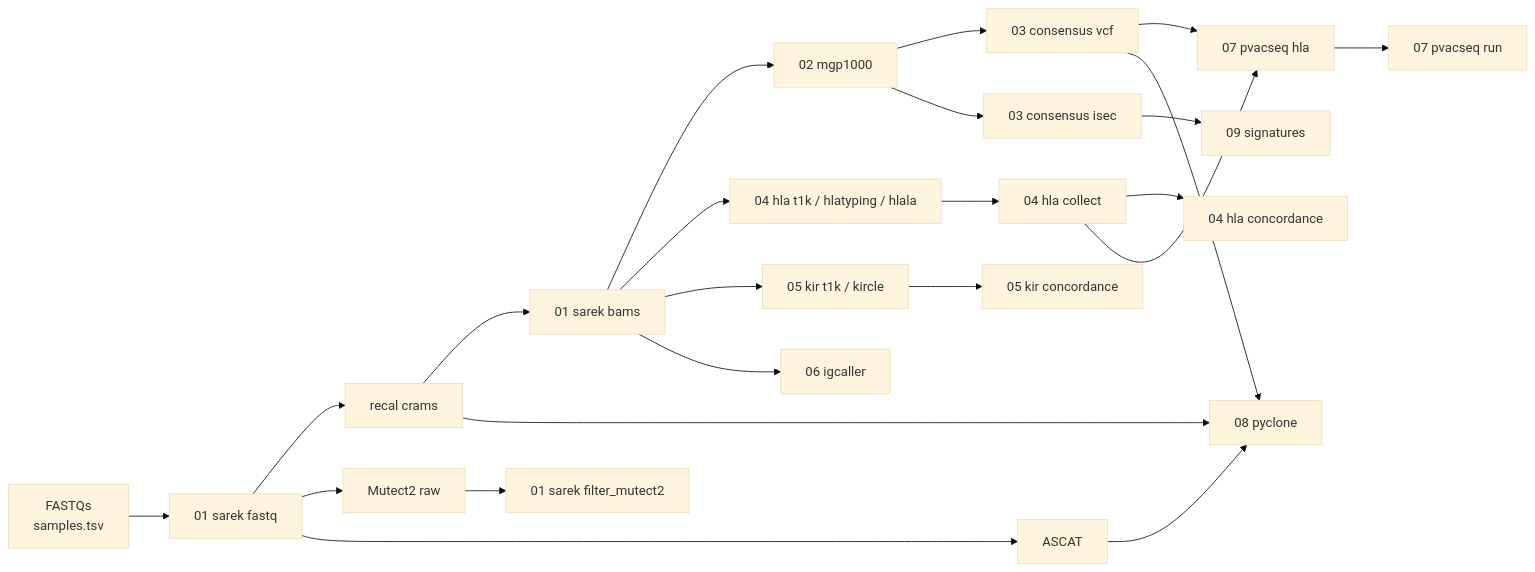
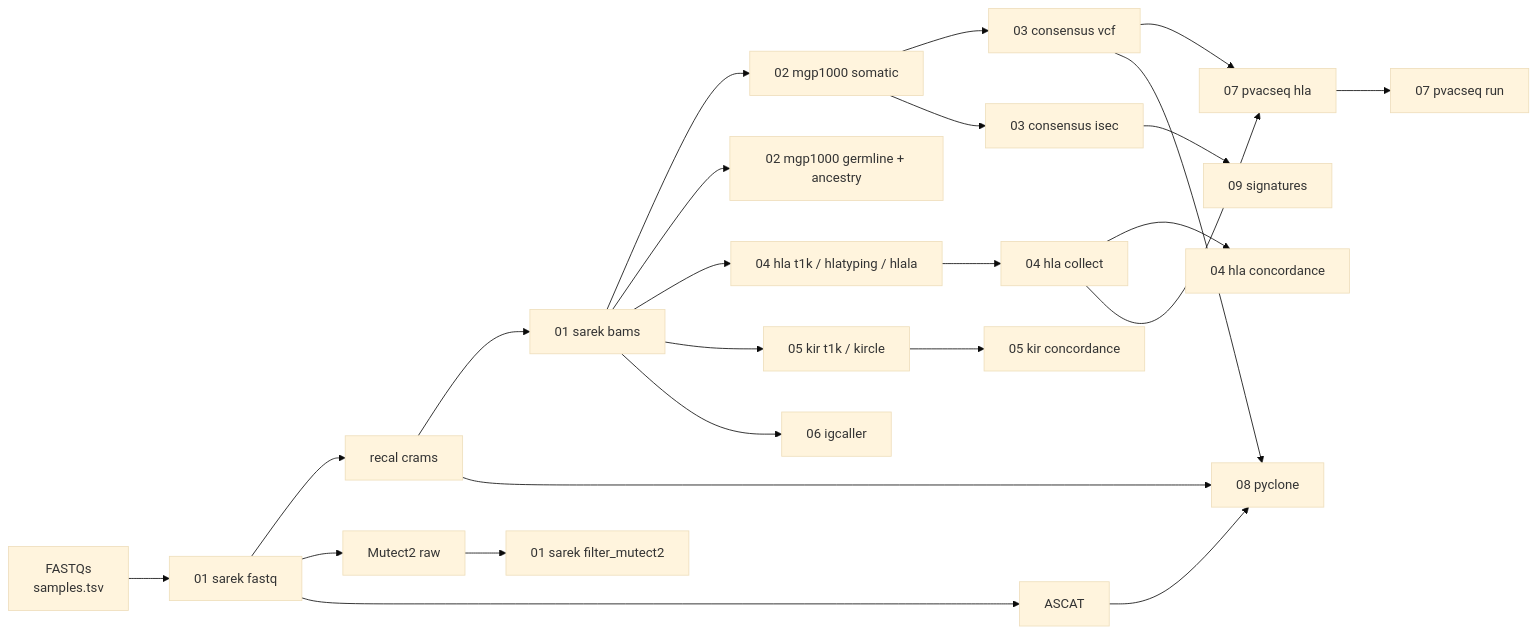
One commit to amootta/MyelomaLab_WES_Pipeline changed the diagram in docs/STAGES.md. Above: the diagram before and after it, drawn with Mermaid (base theme). The commit also changed other lines of this file and 6 other files, not shown here.

First line of the commit message:
Add mgp1000 germline (DeepVariant + fastNGSadmix ancestry) as wes.sh mgp1000 germline

````diff
--- a/docs/STAGES.md
+++ b/docs/STAGES.md
@@ -8,25 +8,26 @@
 ```mermaid
 flowchart LR
   fq[FASTQs<br/>samples.tsv] --> s1[01 sarek fastq]
   s1 --> cram[recal crams]
   s1 --> m2raw[Mutect2 raw]
   s1 --> ascat[ASCAT]
   cram --> bams[01 sarek bams]
   m2raw --> m2f[01 sarek filter_mutect2]
-  bams --> mgp[02 mgp1000]
+  bams --> mgp[02 mgp1000 somatic]
+  bams --> mgpg[02 mgp1000 germline + ancestry]
   mgp --> cvcf[03 consensus vcf]
   mgp --> isec[03 consensus isec]
   bams --> hla[04 hla t1k / hlatyping / hlala]
   hla --> hcol[04 hla collect]
   hcol --> hconc[04 hla concordance]
   bams --> kir[05 kir t1k / kircle]
   kir --> kconc[05 kir concordance]
   bams --> ig[06 igcaller]
   cvcf --> phla[07 pvacseq hla]
   hcol --> phla
   phla --> prun[07 pvacseq run]
   cvcf --> py[08 pyclone]
   ascat --> py
   cram --> py
   isec --> sig[09 signatures]
 ```
````
